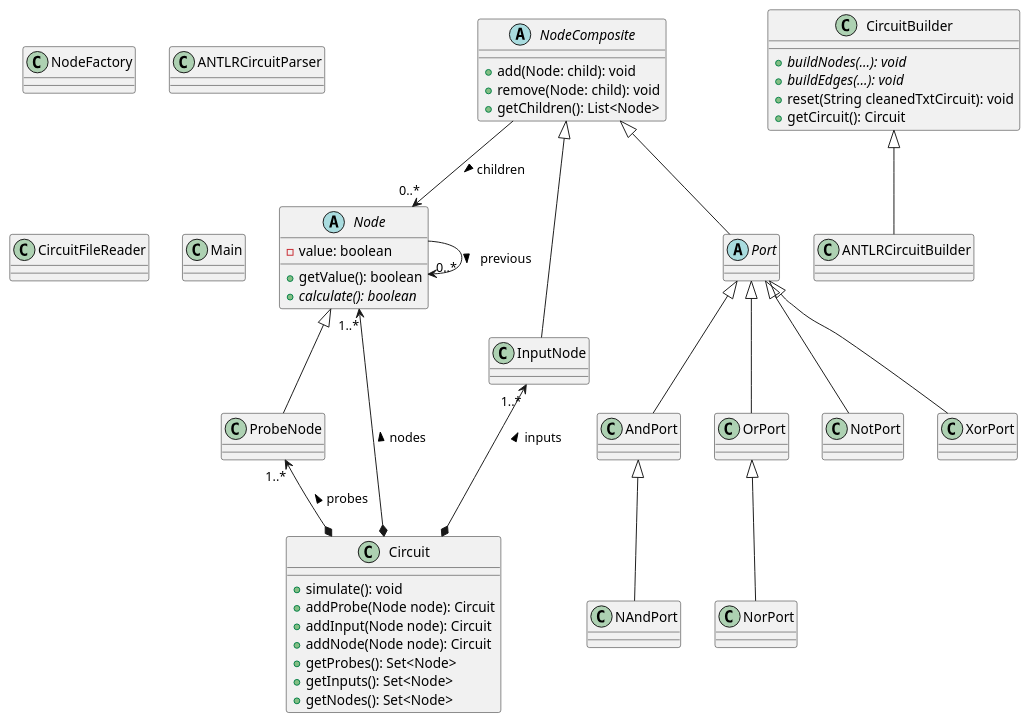
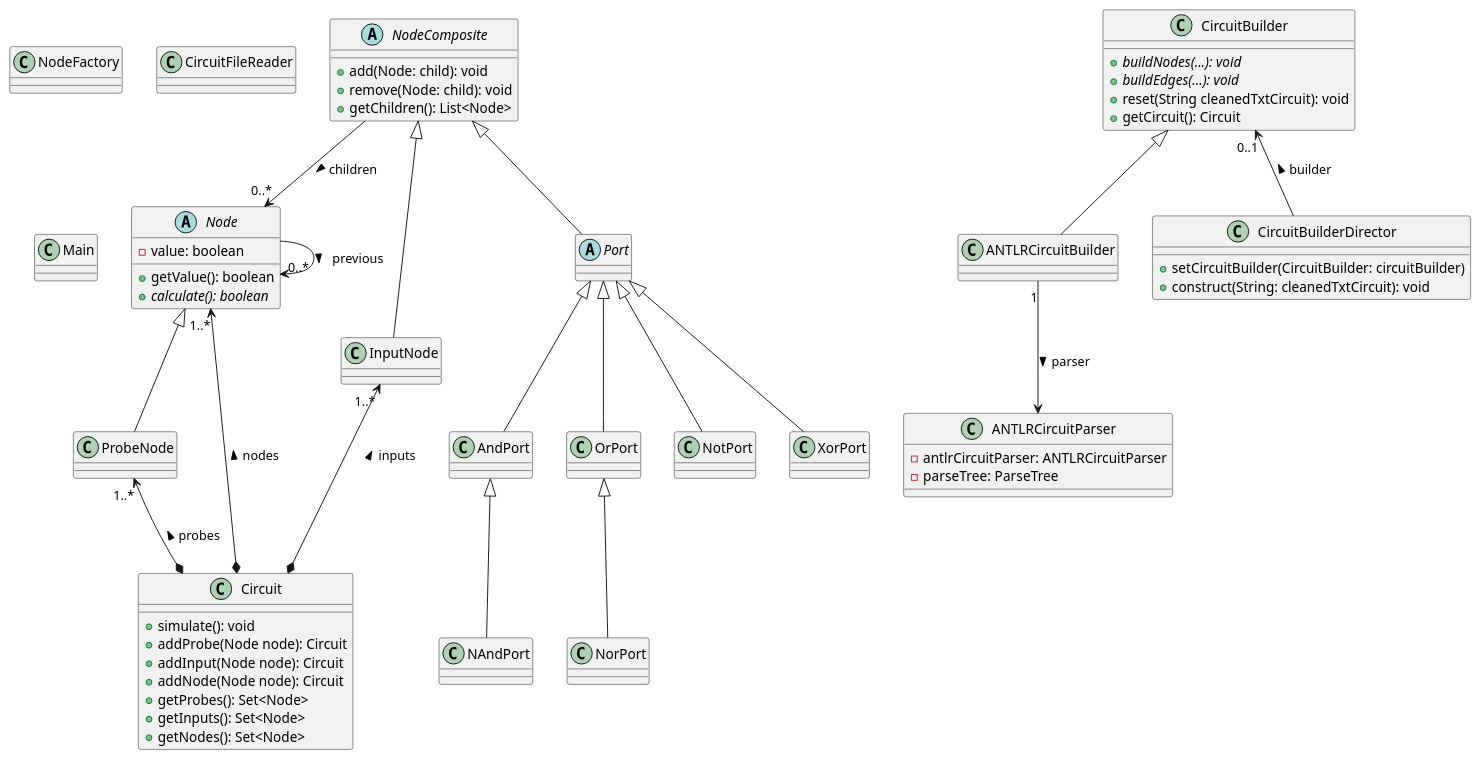
One commit to stevenliebregt/avans-dp1-sirkwie changed the diagram in docs/diagrams/dkd.puml. Above: the diagram before and after it, drawn with PlantUML.

Commit message:
Removed references from main

```diff
--- a/docs/diagrams/dkd.puml
+++ b/docs/diagrams/dkd.puml
@@ -1,99 +1,108 @@
 @startuml
 
 ' Nodes
 abstract class Node {
     -value: boolean
     +getValue(): boolean
     +{abstract} calculate(): boolean
 }
 Node --> "0..*" Node : previous >
 
 abstract class NodeComposite {
     +add(Node: child): void
     +remove(Node: child): void
     +getChildren(): List<Node>
 }
 NodeComposite --> "0..*" Node : children >
 
 ' Inputs
 class InputNode {
 }
 NodeComposite <|-- InputNode
 
 class ProbeNode {
 }
 Node <|-- ProbeNode
 
 ' Ports
 abstract class Port {
 }
 NodeComposite <|-- Port
 
 class AndPort {
 }
 Port <|-- AndPort
 
 class NAndPort {
 }
 AndPort <|-- NAndPort
 
 class OrPort {
 }
 Port <|-- OrPort
 
 class NorPort {
 }
 OrPort <|-- NorPort
 
 class NotPort {
 }
 Port <|-- NotPort
 
 class XorPort {
 }
 Port <|-- XorPort
 
 ' Circuit
 class Circuit {
     +simulate(): void
     +addProbe(Node node): Circuit
     +addInput(Node node): Circuit
     +addNode(Node node): Circuit
     +getProbes(): Set<Node>
     +getInputs(): Set<Node>
     +getNodes(): Set<Node>
 }
 InputNode "1..*" <--* Circuit : inputs <
 ProbeNode "1..*" <--* Circuit : probes <
 Node "1..*" <--* Circuit : nodes <
 
 ' CircuitBuilder
 class CircuitBuilder {
     +{abstract} buildNodes(...): void
     +{abstract} buildEdges(...): void
     +reset(String cleanedTxtCircuit): void
     +getCircuit(): Circuit
 }
 
 class ANTLRCircuitBuilder {
 }
 CircuitBuilder <|-- ANTLRCircuitBuilder
+ANTLRCircuitBuilder "1" --> ANTLRCircuitParser : parser >
+
+class CircuitBuilderDirector {
+    +setCircuitBuilder(CircuitBuilder: circuitBuilder)
+    +construct(String: cleanedTxtCircuit): void
+}
+CircuitBuilder "0..1" <-- CircuitBuilderDirector : builder <
 
 ' NodeFactory
 class NodeFactory {
 }
 
 ' CircuitParser
 class ANTLRCircuitParser {
+    -antlrCircuitParser: ANTLRCircuitParser
+    -parseTree: ParseTree
 }
 
 ' CircuitFileReader
 class CircuitFileReader {
 }
 
 ' Main
 class Main {
-
 }
 
+
 @enduml
```
